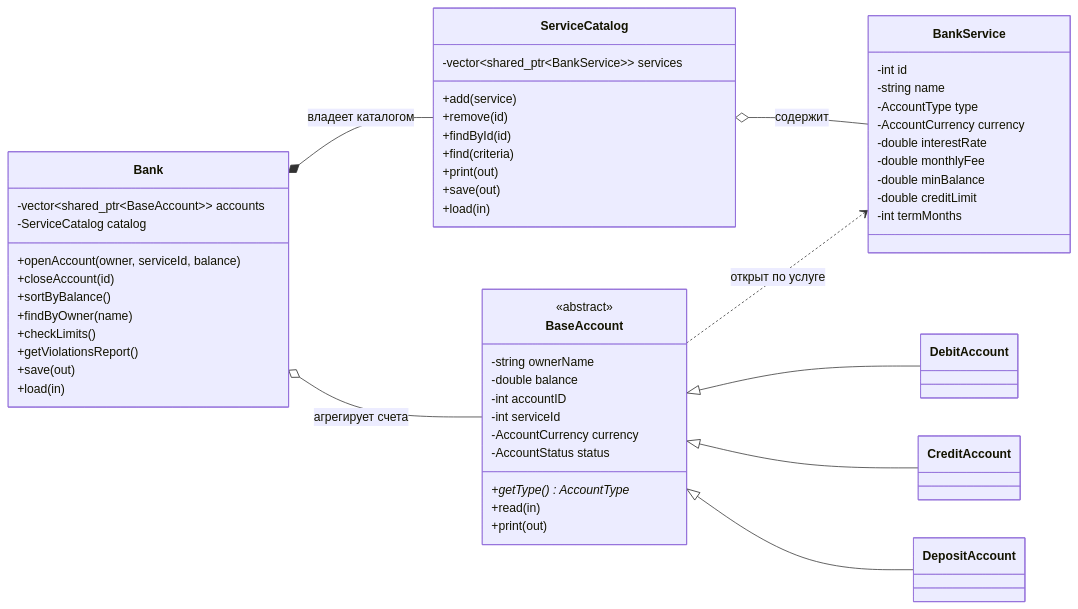
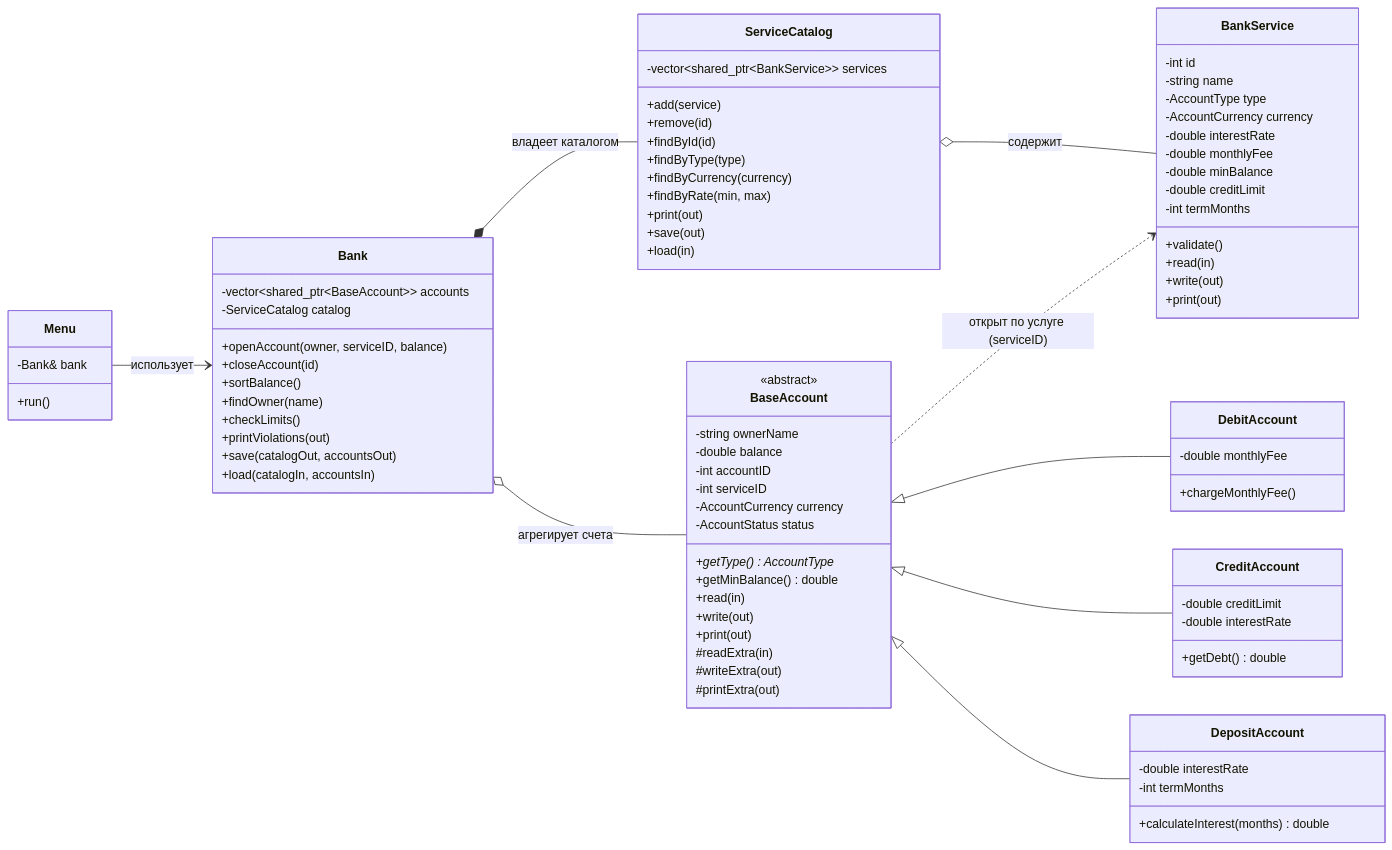
Before and after one commit to petrukovichigor/project2_bank: the diagram in README.md, drawn with Mermaid. The commit also changed other lines of this file and 1 other file, not shown here.

````diff
--- a/README.md
+++ b/README.md
@@ -39,6 +50,10 @@
         -double minBalance
         -double creditLimit
         -int termMonths
+        +validate()
+        +read(in)
+        +write(out)
+        +print(out)
     }
 
     class ServiceCatalog {
@@ -46,7 +61,9 @@
         +add(service)
         +remove(id)
         +findById(id)
-        +find(criteria)
+        +findByType(type)
+        +findByCurrency(currency)
+        +findByRate(min, max)
         +print(out)
         +save(out)
         +load(in)
@@ -57,29 +74,50 @@
         -string ownerName
         -double balance
         -int accountID
-        -int serviceId
+        -int serviceID
         -AccountCurrency currency
         -AccountStatus status
         +getType() AccountType*
+        +getMinBalance() double
         +read(in)
+        +write(out)
         +print(out)
+        #readExtra(in)
+        #writeExtra(out)
+        #printExtra(out)
     }
 
-    class DebitAccount
-    class CreditAccount
-    class DepositAccount
+    class DebitAccount {
+        -double monthlyFee
+        +chargeMonthlyFee()
+    }
+    class CreditAccount {
+        -double creditLimit
+        -double interestRate
+        +getDebt() double
+    }
+    class DepositAccount {
+        -double interestRate
+        -int termMonths
+        +calculateInterest(months) double
+    }
 
     class Bank {
         -vector~shared_ptr~BaseAccount~~ accounts
         -ServiceCatalog catalog
-        +openAccount(owner, serviceId, balance)
+        +openAccount(owner, serviceID, balance)
         +closeAccount(id)
-        +sortByBalance()
-        +findByOwner(name)
+        +sortBalance()
+        +findOwner(name)
         +checkLimits()
-        +getViolationsReport()
-        +save(out)
-        +load(in)
+        +printViolations(out)
+        +save(catalogOut, accountsOut)
+        +load(catalogIn, accountsIn)
+    }
+
+    class Menu {
+        -Bank& bank
+        +run()
     }
 
     BaseAccount <|-- DebitAccount
@@ -88,5 +126,6 @@
     ServiceCatalog o-- BankService : содержит
     Bank *-- ServiceCatalog : владеет каталогом
     Bank o-- BaseAccount : агрегирует счета
-    BaseAccount ..> BankService : открыт по услуге
+    BaseAccount ..> BankService : открыт по услуге (serviceID)
+    Menu --> Bank : использует
 ```
````
